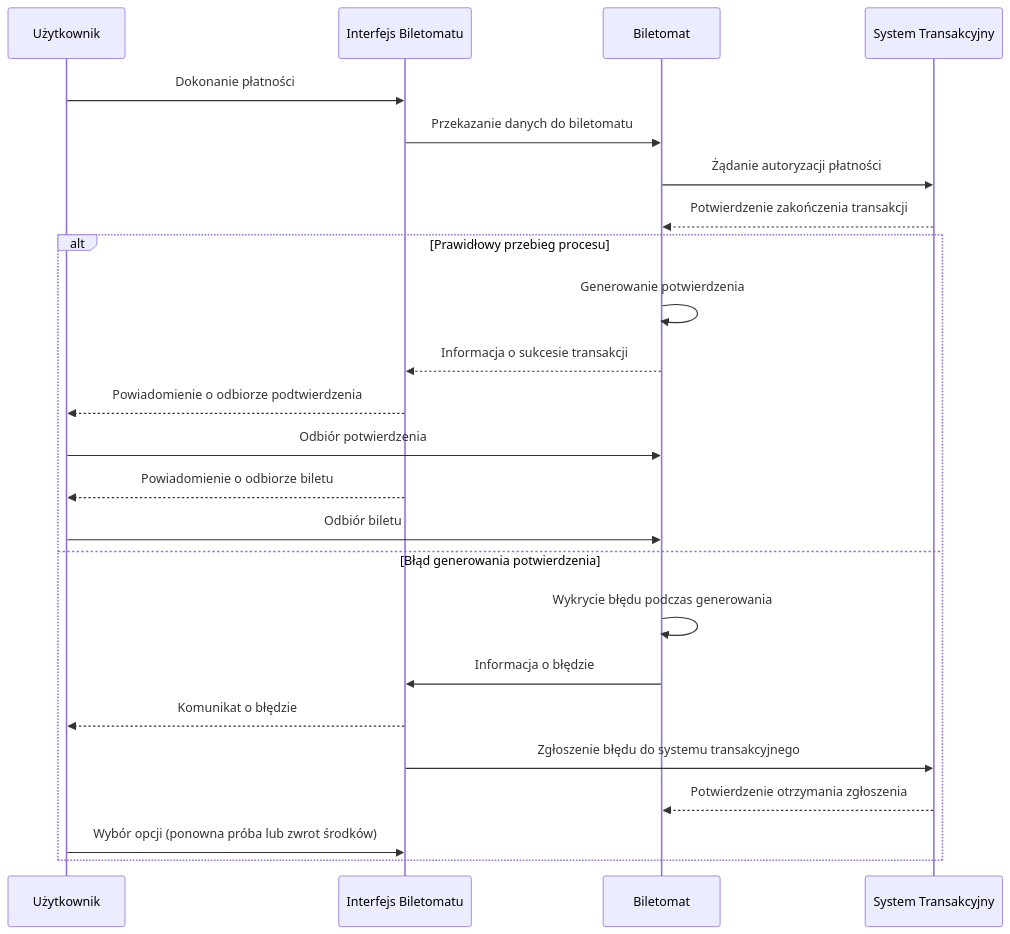
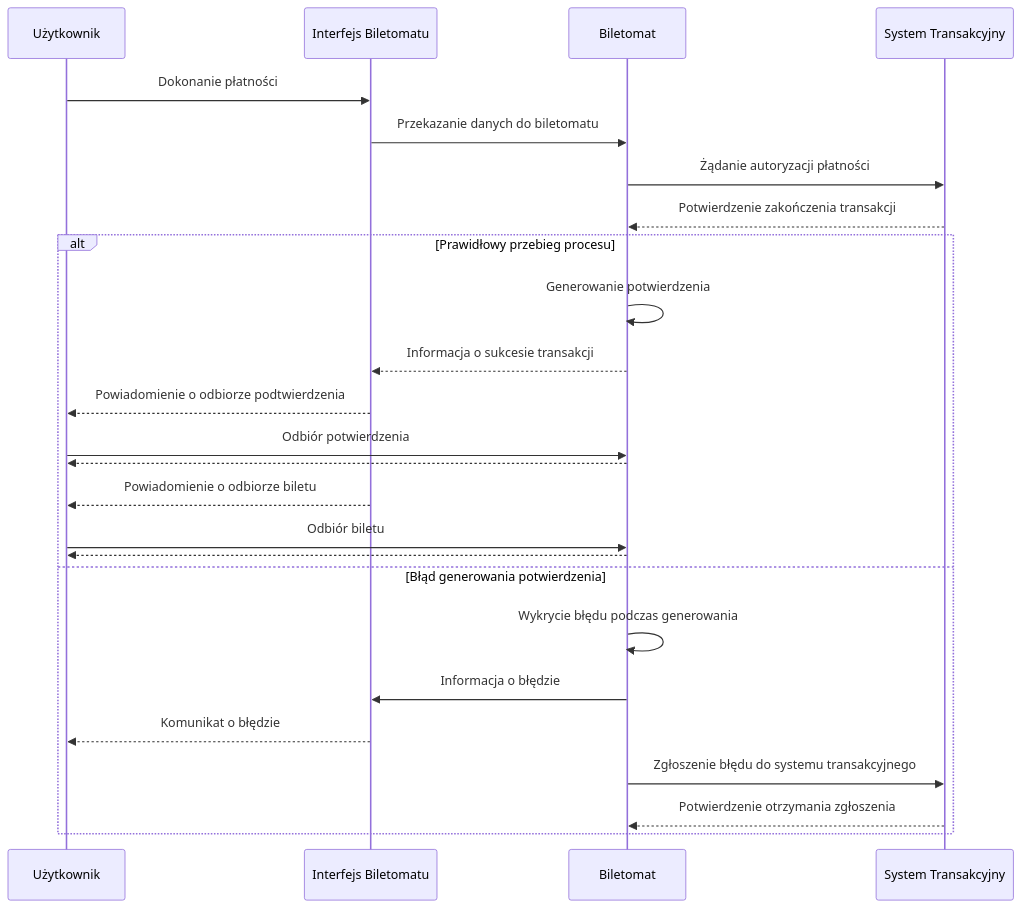
One commit to ArtemOmelchenk0/MWO changed the sixth of 6 diagrams in Historie dla biletomatu.md. Above: the diagram before and after it, drawn with Mermaid.

Commit message:
update mistakes

````diff
--- a/Historie dla biletomatu.md
+++ b/Historie dla biletomatu.md
@@ -184,27 +184,28 @@
 ```mermaid
 sequenceDiagram
     participant U as Użytkownik
     participant IB as Interfejs Biletomatu
     participant B as Biletomat
     participant ST as System Transakcyjny
 
         U->>IB: Dokonanie płatności
         IB->>B: Przekazanie danych do biletomatu
         B->>ST: Żądanie autoryzacji płatności
         ST-->>B: Potwierdzenie zakończenia transakcji
     alt Prawidłowy przebieg procesu
         B->>B: Generowanie potwierdzenia
         B-->>IB: Informacja o sukcesie transakcji
         IB-->>U: Powiadomienie o odbiorze podtwierdzenia
         U->>B: Odbiór potwierdzenia
+        B-->>U:     
         IB-->>U: Powiadomienie o odbiorze biletu
         U->>B: Odbiór biletu
+        B-->>U:     
     else Błąd generowania potwierdzenia
         B->>B: Wykrycie błędu podczas generowania
         B->>IB: Informacja o błędzie
         IB-->>U: Komunikat o błędzie
-        IB->>ST: Zgłoszenie błędu do systemu transakcyjnego
+        B->>ST: Zgłoszenie błędu do systemu transakcyjnego
         ST-->>B: Potwierdzenie otrzymania zgłoszenia
-        U->>IB: Wybór opcji (ponowna próba lub zwrot środków)
     end
 ```
````
